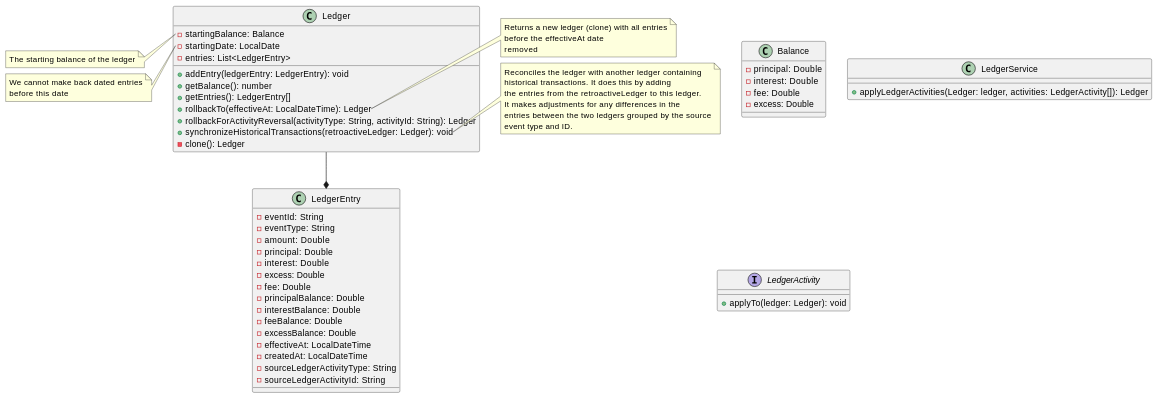
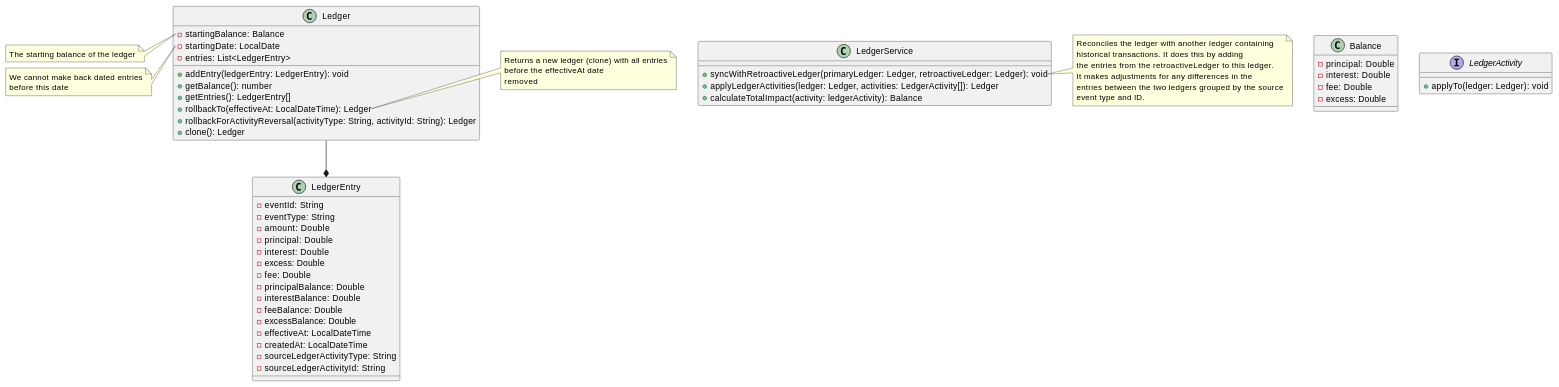
The first of 2 diagrams in README.md (v1bh0r/precise-ledger-pro), drawn with PlantUML before and after one commit. The commit also changed other lines of this file and 16 other files, not shown here.

````diff
--- a/README.md
+++ b/README.md
@@ -5,75 +5,76 @@
 ```plantuml
 @startuml
 class Balance {
   - principal: Double
   - interest: Double
   - fee: Double
   - excess: Double
 }
 
 class "Ledger" as ledger {
   - startingBalance: Balance 
   - startingDate: LocalDate
   - entries: List<LedgerEntry>
   + addEntry(ledgerEntry: LedgerEntry): void
   + getBalance(): number
   + getEntries(): LedgerEntry[]
   + rollbackTo(effectiveAt: LocalDateTime): Ledger
   + rollbackForActivityReversal(activityType: String, activityId: String): Ledger
-  + synchronizeHistoricalTransactions(retroactiveLedger: Ledger): void
-  - clone(): Ledger
+  + clone(): Ledger
 }
 
 class "LedgerService" as ledgerService {
-  + applyLedgerActivities(Ledger: ledger, activities: LedgerActivity[]): Ledger
+  + syncWithRetroactiveLedger(primaryLedger: Ledger, retroactiveLedger: Ledger): void
+  + applyLedgerActivities(ledger: Ledger, activities: LedgerActivity[]): Ledger
+  + calculateTotalImpact(activity: ledgerActivity): Balance
 }
 
 note left of ledger::startingBalance
   The starting balance of the ledger
 end note
 
 note left of ledger::startingDate
   We cannot make back dated entries
   before this date
 end note
 
 note right of ledger::rollbackTo
   Returns a new ledger (clone) with all entries
   before the effectiveAt date
   removed
 end note
 
-note right of ledger::synchronizeHistoricalTransactions
+note right of ledgerService::syncWithRetroactiveLedger
   Reconciles the ledger with another ledger containing
   historical transactions. It does this by adding 
   the entries from the retroactiveLedger to this ledger.
   It makes adjustments for any differences in the 
   entries between the two ledgers grouped by the source
   event type and ID.
 end note
 
 class "LedgerEntry" as ledgerEntry {
     - eventId: String
     - eventType: String
     - amount: Double
     - principal: Double
     - interest: Double
     - excess: Double
     - fee: Double
     - principalBalance: Double
     - interestBalance: Double
     - feeBalance: Double
     - excessBalance: Double
     - effectiveAt: LocalDateTime
     - createdAt: LocalDateTime
     - sourceLedgerActivityType: String
     - sourceLedgerActivityId: String
 }
 
 ledger --* ledgerEntry
 
 interface "LedgerActivity" as ledgerActivity {
     + applyTo(ledger: Ledger): void
 }
 @enduml
 ```
````
